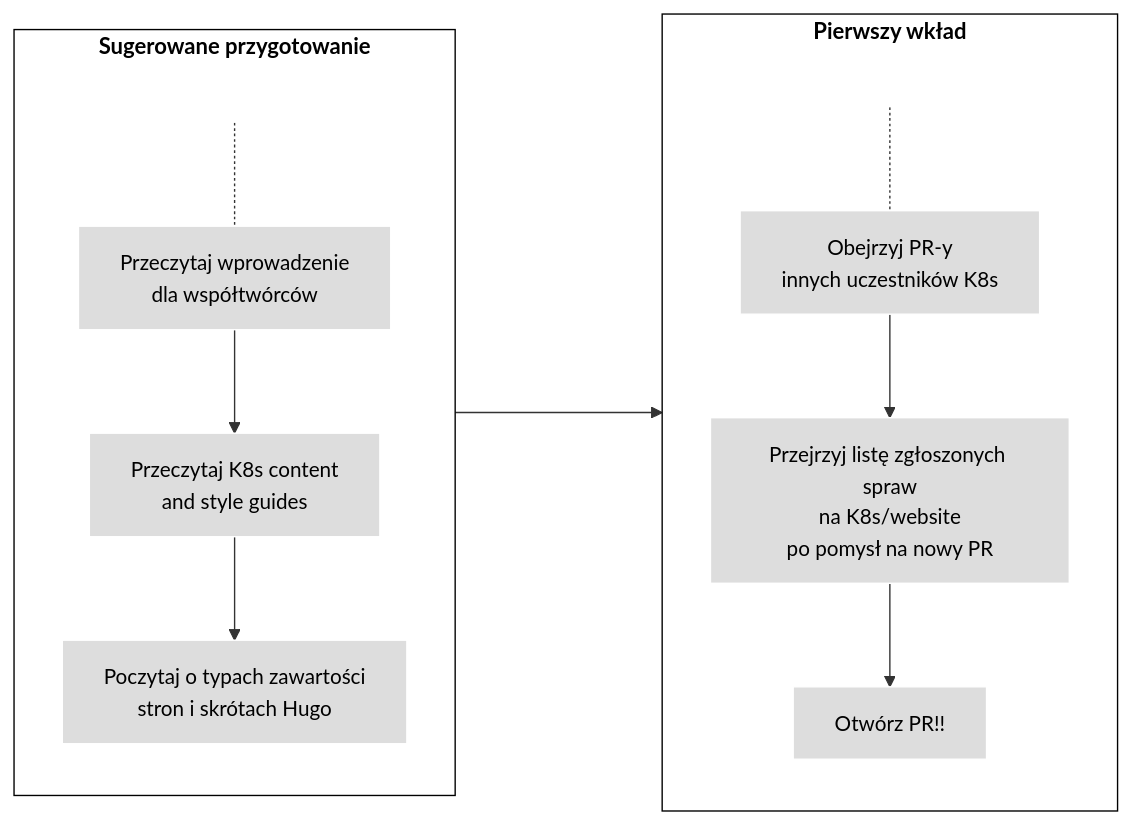
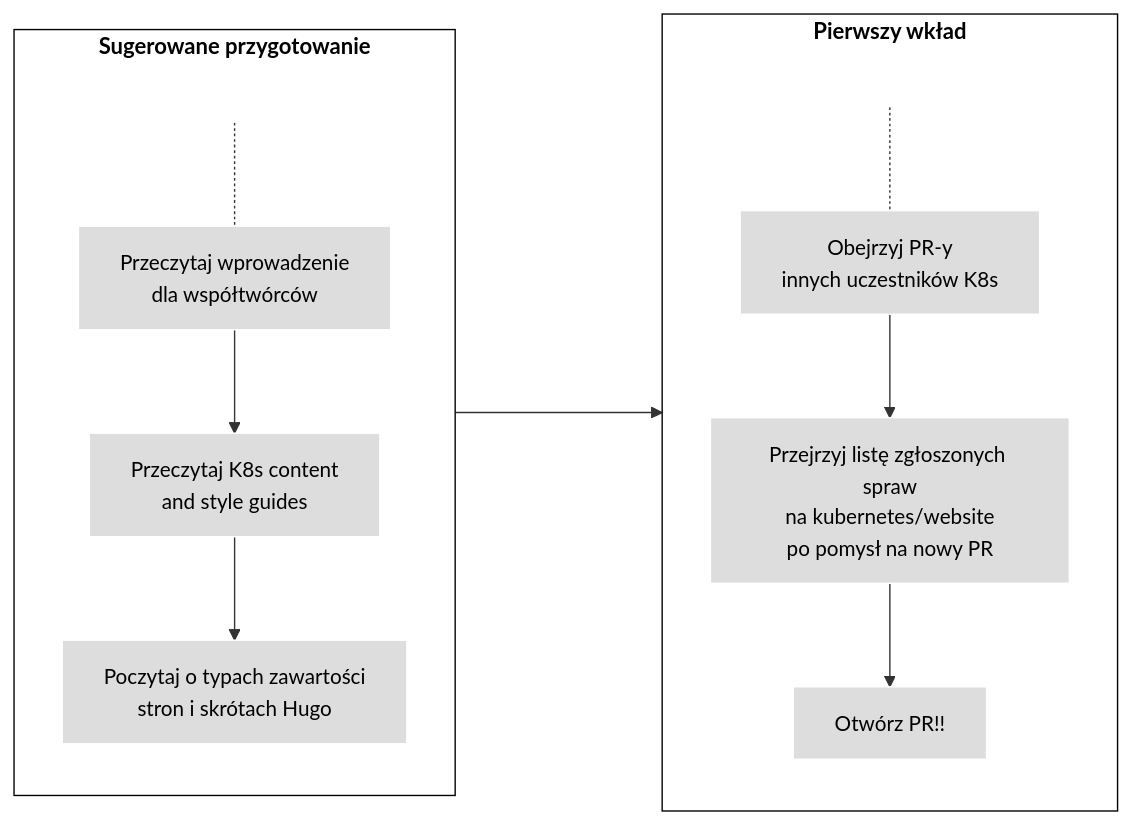
Before and after one commit to KimSJ15/kubernetes_website: the second of 2 diagrams in content/pl/docs/contribute/_index.md, drawn with Mermaid. The commit also changed other lines of this file, not shown here.

Commit message:
Mention kubernetes/websites everywhere in the same way

```diff
--- a/content/pl/docs/contribute/_index.md
+++ b/content/pl/docs/contribute/_index.md
@@ -115,24 +115,24 @@
 {{< mermaid >}}
 flowchart LR
     subgraph second[Pierwszy wkład]
     direction TB
     S[ ] -.-
     G[Obejrzyj PR-y<br>innych uczestników K8s] -->
-    A[Przejrzyj listę zgłoszonych spraw<br>na K8s/website<br>po pomysł na nowy PR] --> B[Otwórz PR!!]
+    A[Przejrzyj listę zgłoszonych spraw<br>na kubernetes/website<br>po pomysł na nowy PR] --> B[Otwórz PR!!]
     end
     subgraph first[Sugerowane przygotowanie]
     direction TB
        T[ ] -.-
        D[Przeczytaj wprowadzenie<br>dla współtwórców] -->E[Przeczytaj K8s content<br>and style guides]
        E --> F[Poczytaj o typach zawartości<br>stron i skrótach Hugo]
     end
 
     first ----> second
 
 classDef grey fill:#dddddd,stroke:#ffffff,stroke-width:px,color:#000000, font-size:15px;
 classDef white fill:#ffffff,stroke:#000,stroke-width:px,color:#000,font-weight:bold
 classDef spacewhite fill:#ffffff,stroke:#fff,stroke-width:0px,color:#000
 class A,B,D,E,F,G grey
 class S,T spacewhite
 class first,second white
 {{</ mermaid >}}
```
